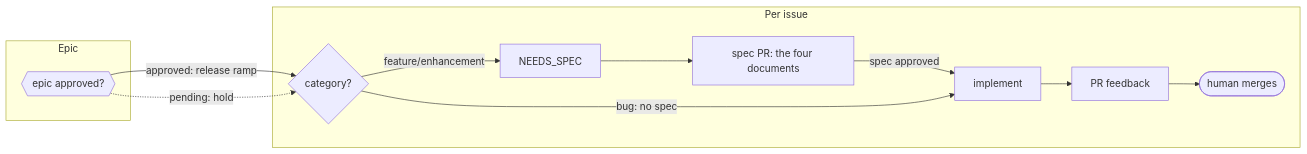
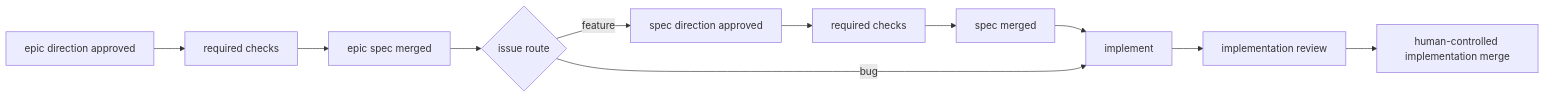
One commit to fixpoint-labs/flow-state-dev changed the second of 5 diagrams in docs/contributing/orchestration.md. Above: the diagram before and after it, drawn with Mermaid. The commit also changed other lines of this file and 46 other files, not shown here.

Commit message:
feat(process): retain approved specs and gate implementation on merge

````diff
--- a/docs/contributing/orchestration.md
+++ b/docs/contributing/orchestration.md
@@ -509,15 +399,9 @@
 ```mermaid
 flowchart LR
-  subgraph Epic[Epic]
-    EO{{epic approved?}}
-  end
-  subgraph Issue[Per issue]
-    RT{category?}
-    RT -->|feature/enhancement| NS[NEEDS_SPEC] --> SPEC["spec PR: the four documents"]
-    SPEC -->|spec approved| IMPL[implement]
-    RT -->|bug: no spec| IMPL
-    IMPL --> FB[PR feedback] --> MERGE([human merges])
-  end
-  EO -->|approved: release ramp| RT
-  EO -.->|pending: hold| RT
+  EP[epic direction approved] --> EC[required checks] --> EM[epic spec merged]
+  EM --> RT{issue route}
+  RT -->|feature| SP[spec direction approved] --> SC[required checks] --> SM[spec merged]
+  SM --> I[implement]
+  RT -->|bug| I
+  I --> F[implementation review] --> M[human-controlled implementation merge]
 ```
````
